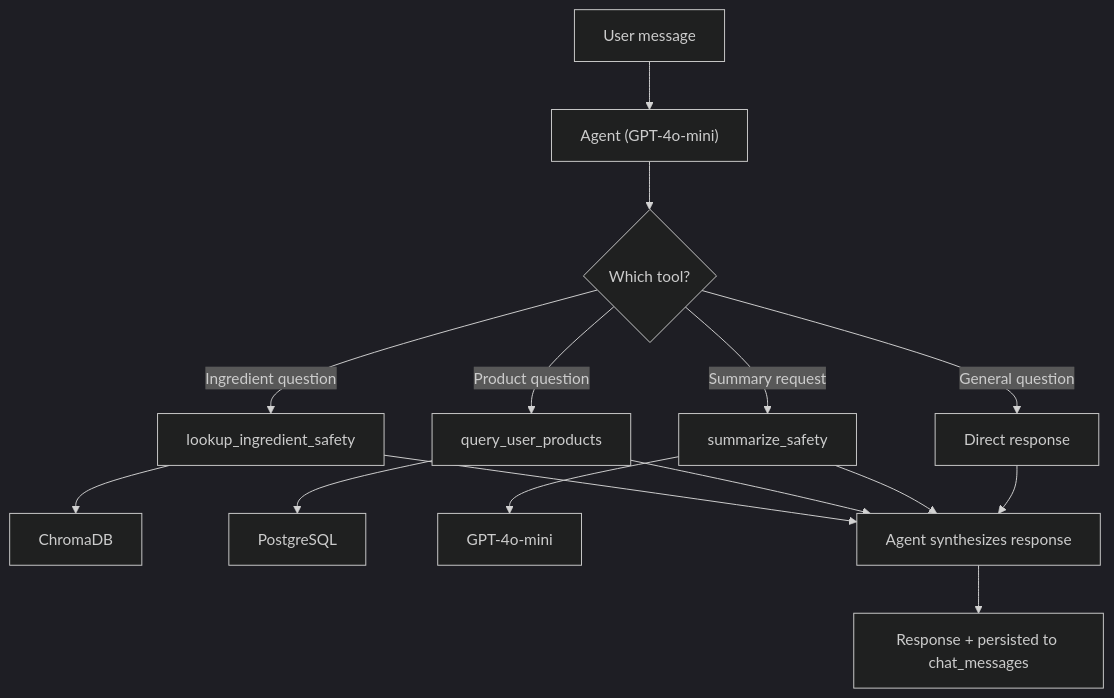
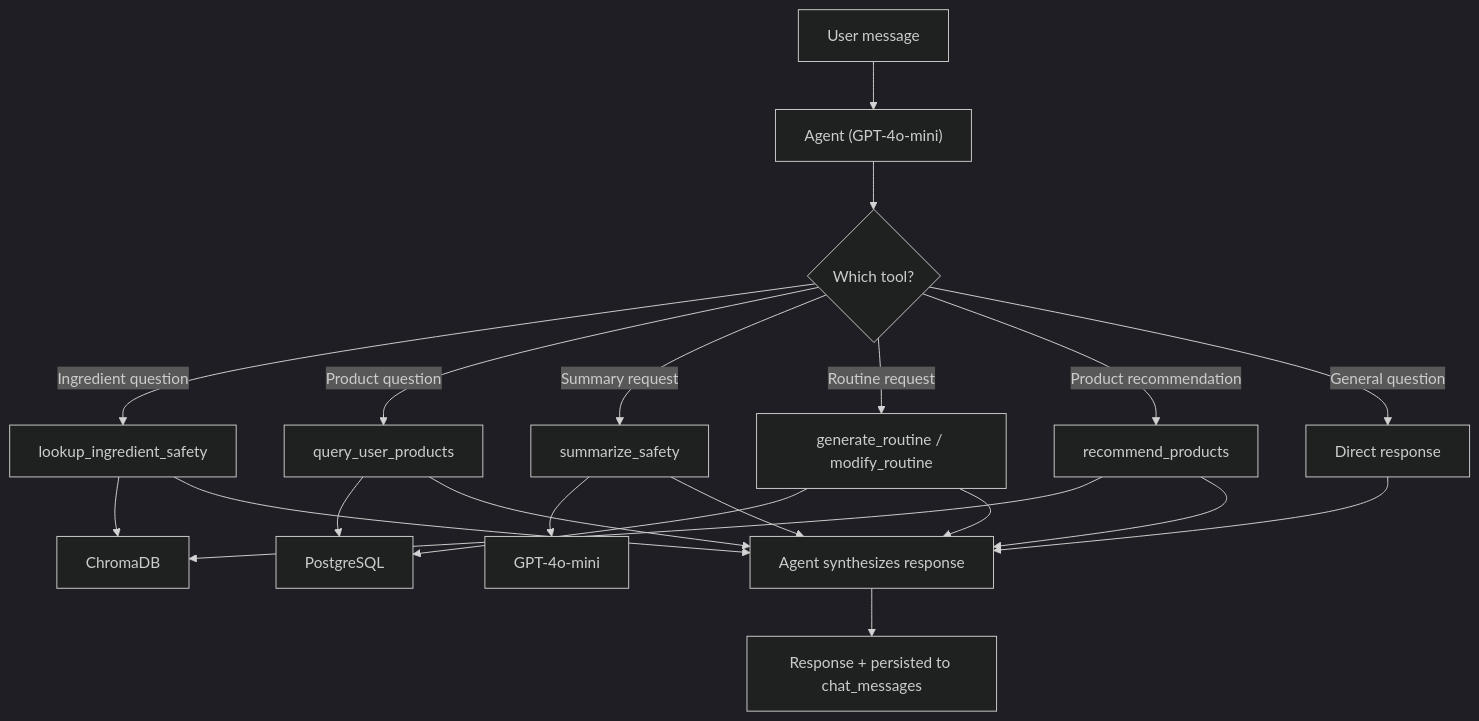
Before and after one commit to linettekuhn/glasskyn: the second of 2 diagrams in README.md, drawn with Mermaid (dark theme). The commit also changed other lines of this file, not shown here.

````diff
--- a/README.md
+++ b/README.md
@@ -87,17 +104,23 @@
 ```mermaid
 flowchart TD
     A["User message"] --> B["Agent (GPT-4o-mini)"]
     B --> C{"Which tool?"}
     C -->|"Ingredient question"| D["lookup_ingredient_safety"]
     C -->|"Product question"| E["query_user_products"]
     C -->|"Summary request"| F["summarize_safety"]
+    C -->|"Routine request"| G2["generate_routine / modify_routine"]
+    C -->|"Product recommendation"| G3["recommend_products"]
     C -->|"General question"| G["Direct response"]
     D --> H["ChromaDB"]
     E --> I["PostgreSQL"]
     F --> J["GPT-4o-mini"]
+    G2 --> I
+    G3 --> H
     D --> K["Agent synthesizes response"]
     E --> K
     F --> K
     G --> K
+    G2 --> K
+    G3 --> K
     K --> L["Response + persisted to chat_messages"]
 ```
````
